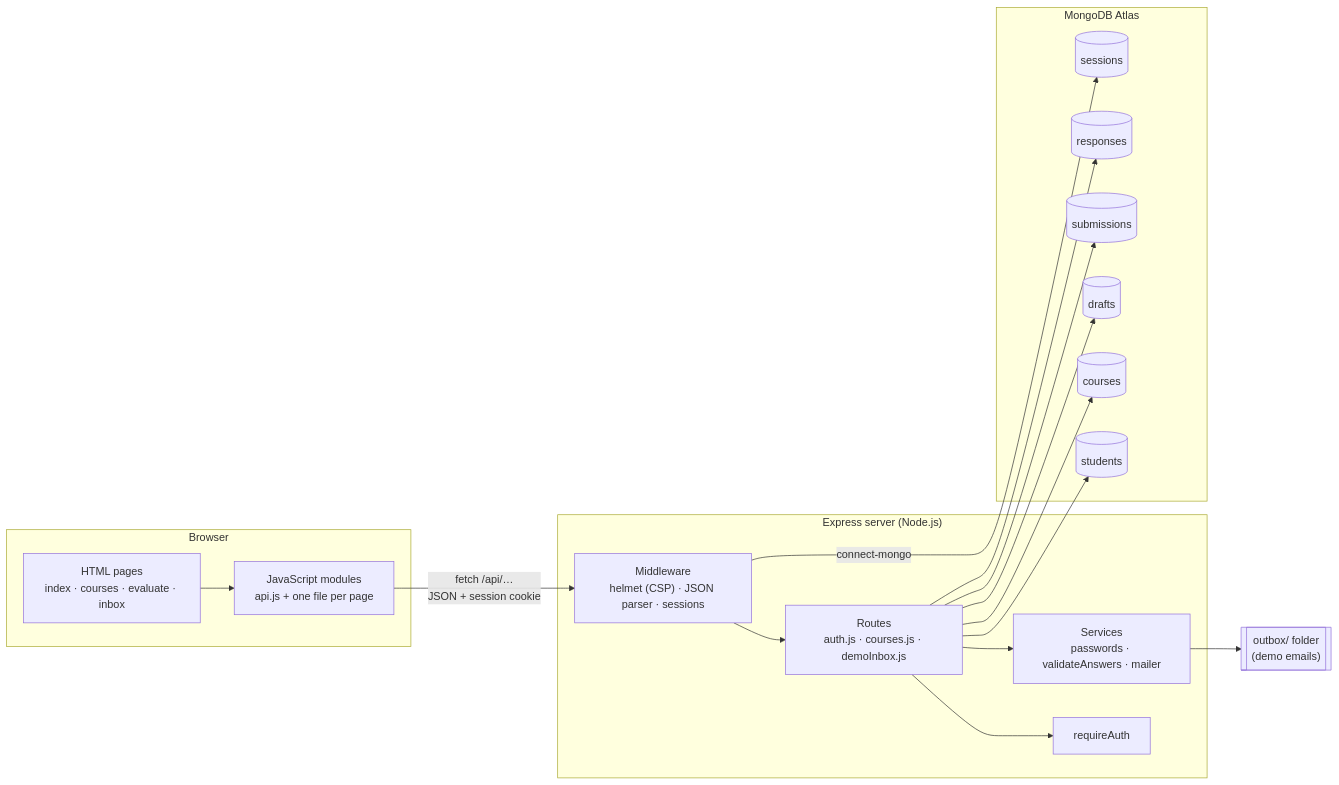
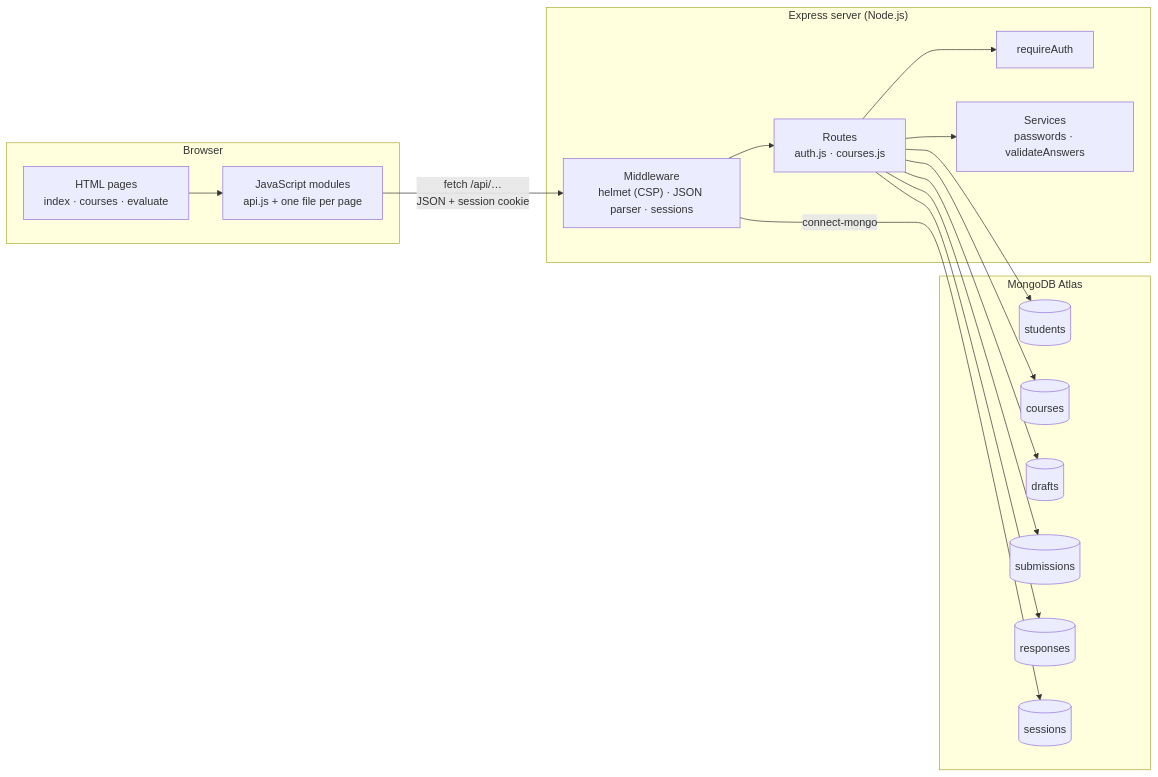
The first of 3 diagrams in docs/ARCHITECTURE.md (Syed-OS/utron), drawn with Mermaid before and after one commit. The commit also changed 3 other files, not shown here.

Commit message:
docs: update README, architecture, code tour and dev log for the single account

````diff
--- a/docs/ARCHITECTURE.md
+++ b/docs/ARCHITECTURE.md
@@ -12,34 +12,31 @@
 ```mermaid
 flowchart LR
     subgraph Browser
-        pages["HTML pages<br/>index · courses · evaluate · inbox"]
+        pages["HTML pages<br/>index · courses · evaluate"]
         js["JavaScript modules<br/>api.js + one file per page"]
         pages --> js
     end
 
     subgraph Server["Express server (Node.js)"]
         mw["Middleware<br/>helmet (CSP) · JSON parser · sessions"]
-        routes["Routes<br/>auth.js · courses.js · demoInbox.js"]
+        routes["Routes<br/>auth.js · courses.js"]
         guard["requireAuth"]
-        services["Services<br/>passwords · validateAnswers · mailer"]
+        services["Services<br/>passwords · validateAnswers"]
         mw --> routes
         routes --> guard
         routes --> services
     end
 
     subgraph Atlas["MongoDB Atlas"]
         students[(students)]
         courses[(courses)]
         drafts[(drafts)]
         submissions[(submissions)]
         responses[(responses)]
         sessions[(sessions)]
     end
 
-    outbox[["outbox/ folder<br/>(demo emails)"]]
-
     js -- "fetch /api/…<br/>JSON + session cookie" --> mw
     routes --> students & courses & drafts & submissions & responses
     mw -- "connect-mongo" --> sessions
-    services --> outbox
 ```
````
